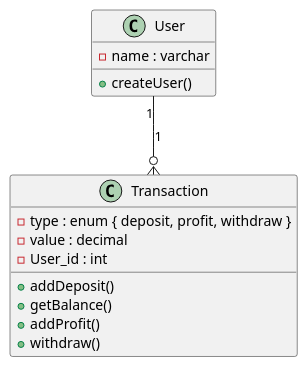
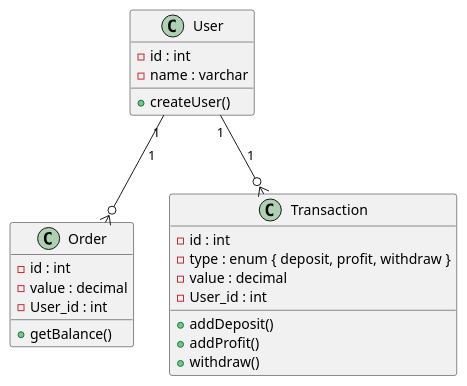
One commit to jvras58/ruby-estudo changed the diagram in docs/Bd.puml. Above: the diagram before and after it, drawn with PlantUML. The commit also changed 1 other file, not shown here.

Commit message:
Refactorize User and Order classes in Bd.puml

```diff
--- a/docs/Bd.puml
+++ b/docs/Bd.puml
@@ -1,19 +1,28 @@
 @startuml uml_diagram
 class User {
+    - id : int
     - name : varchar
     + createUser()
 }
 
+class Order{
+    - id : int
+    - value : decimal
+    - User_id : int
+    + getBalance()
+}
+
 class Transaction {
+    - id : int
     - type : enum { deposit, profit, withdraw }
     - value : decimal
     - User_id : int
     + addDeposit()
-    + getBalance()
     + addProfit()
     + withdraw()
 }
 
 User "1" --o{ Transaction : "1"
+User "1" --o{ Order : "1"
 
 @enduml
```
